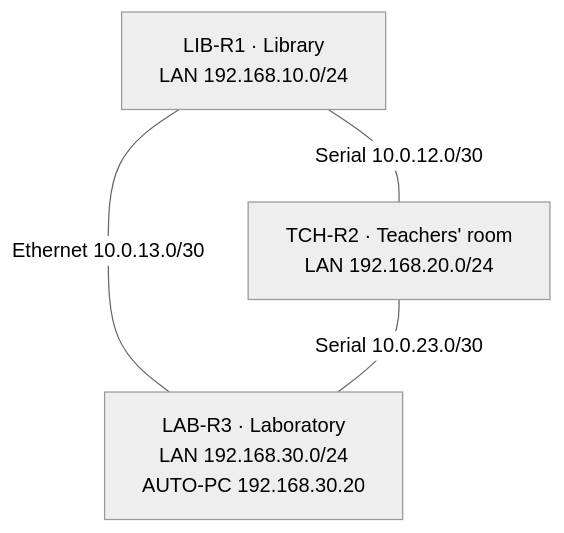
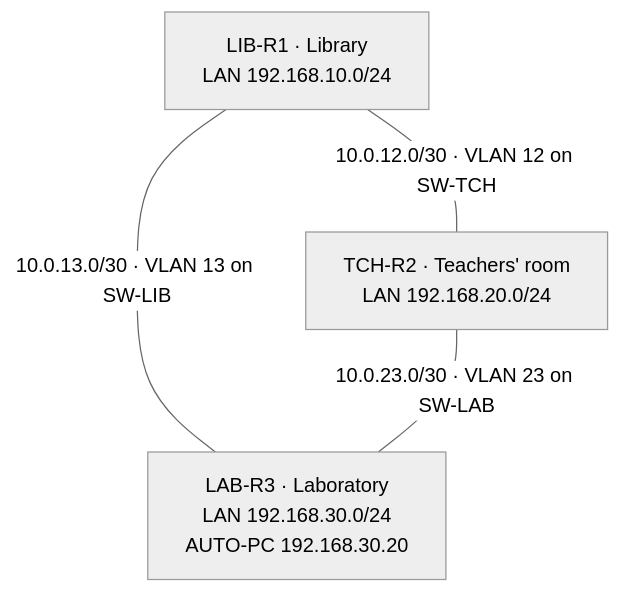
One commit to HamSudo/ccen356-rip-project changed the diagram in README.md. Above: the diagram before and after it, drawn with Mermaid (neutral theme). The commit also changed other lines of this file and 227 other files, not shown here.

First line of the commit message:
Lab session 6 Nov: all-Ethernet build, T0-T5 results and evidence

````diff
--- a/README.md
+++ b/README.md
@@ -9,9 +9,9 @@
 ```mermaid
 graph TD
     LIB["LIB-R1 · Library<br/>LAN 192.168.10.0/24"]
     TCH["TCH-R2 · Teachers' room<br/>LAN 192.168.20.0/24"]
     LAB["LAB-R3 · Laboratory<br/>LAN 192.168.30.0/24<br/>AUTO-PC 192.168.30.20"]
-    LIB ---|"Serial 10.0.12.0/30"| TCH
-    LIB ---|"Ethernet 10.0.13.0/30"| LAB
-    TCH ---|"Serial 10.0.23.0/30"| LAB
+    LIB ---|"10.0.12.0/30 · VLAN 12 on SW-TCH"| TCH
+    LIB ---|"10.0.13.0/30 · VLAN 13 on SW-LIB"| LAB
+    TCH ---|"10.0.23.0/30 · VLAN 23 on SW-LAB"| LAB
 ```
````
